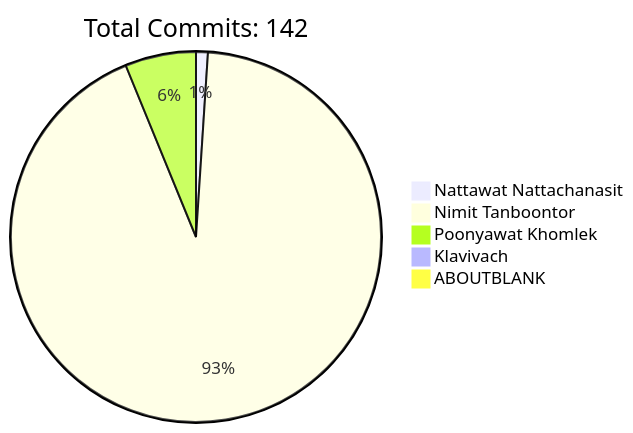
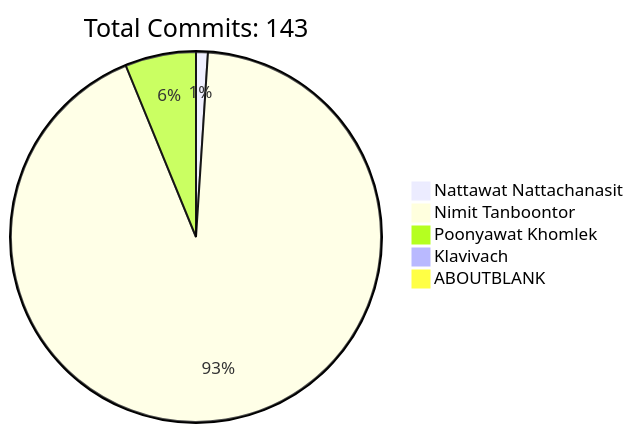
Before and after one commit to HLLC-MFU/HLLC-2025: the diagram in README.md, drawn with Mermaid. The commit also changed other lines of this file, not shown here.

````diff
--- a/README.md
+++ b/README.md
@@ -170,9 +170,9 @@
 ```mermaid
 pie
-    title Total Commits: 142
+    title Total Commits: 143
     "Nattawat Nattachanasit" : 1
     "Nimit Tanboontor" : 90
     "Poonyawat Khomlek" : 6
     "Klavivach" : 0
     "ABOUTBLANK" : 0
 ```
````
